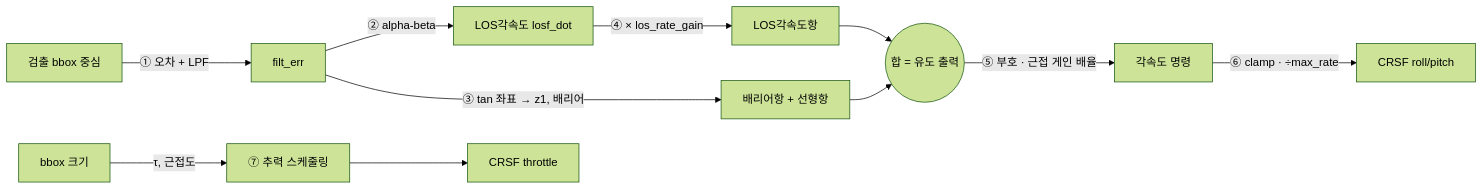
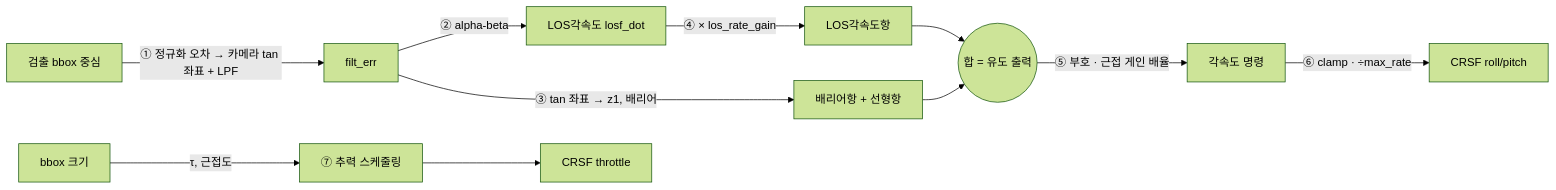
The diagram in SW/docs/IBVS_CONTROL.md (IN-AIR-KR/26_HC056), drawn with Mermaid (forest theme) before and after one commit. The commit also changed other lines of this file and 6 other files, not shown here.

````diff
--- a/SW/docs/IBVS_CONTROL.md
+++ b/SW/docs/IBVS_CONTROL.md
@@ -21,13 +21,13 @@
 ```mermaid
 flowchart LR
-  A[검출 bbox 중심] -->|"① 오차 + LPF"| B[filt_err]
+  A[검출 bbox 중심] -->|"① 정규화 오차 → 카메라 tan 좌표 + LPF"| B[filt_err]
   B -->|"② alpha-beta"| C[LOS각속도 losf_dot]
   B -->|"③ tan 좌표 → z1, 배리어"| D[배리어항 + 선형항]
   C -->|"④ × los_rate_gain"| E[LOS각속도항]
   D --> F((합 = 유도 출력))
   E --> F
   F -->|"⑤ 부호 · 근접 게인 배율"| G[각속도 명령]
   G -->|"⑥ clamp · ÷max_rate"| H[CRSF roll/pitch]
   I[bbox 크기] -->|"τ, 근접도"| J[⑦ 추력 스케줄링]
   J --> K[CRSF throttle]
 ```
````
